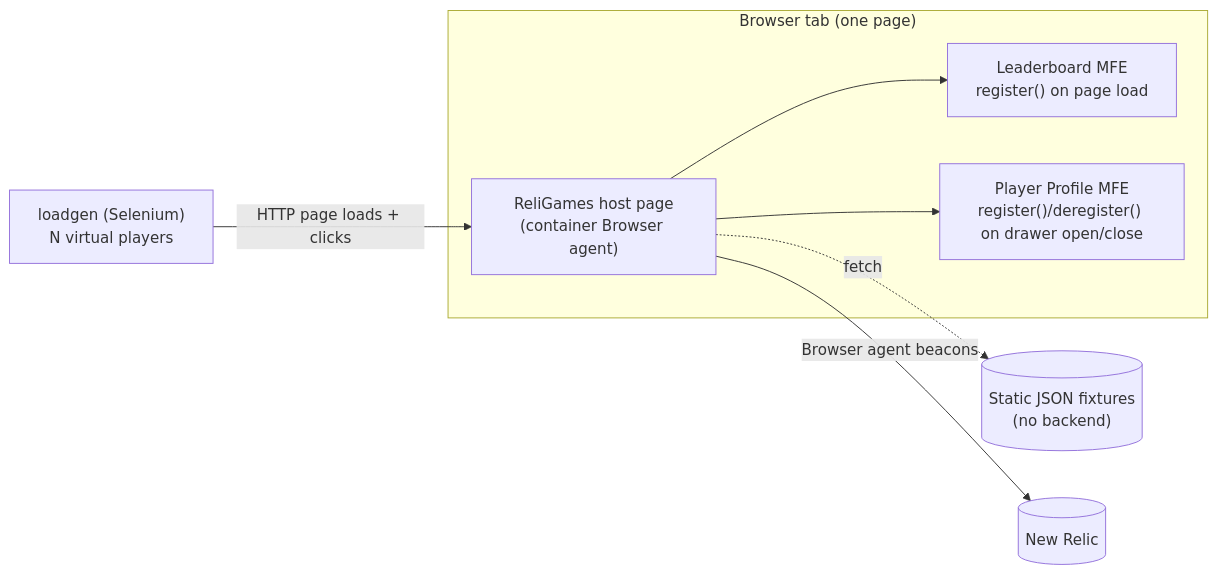
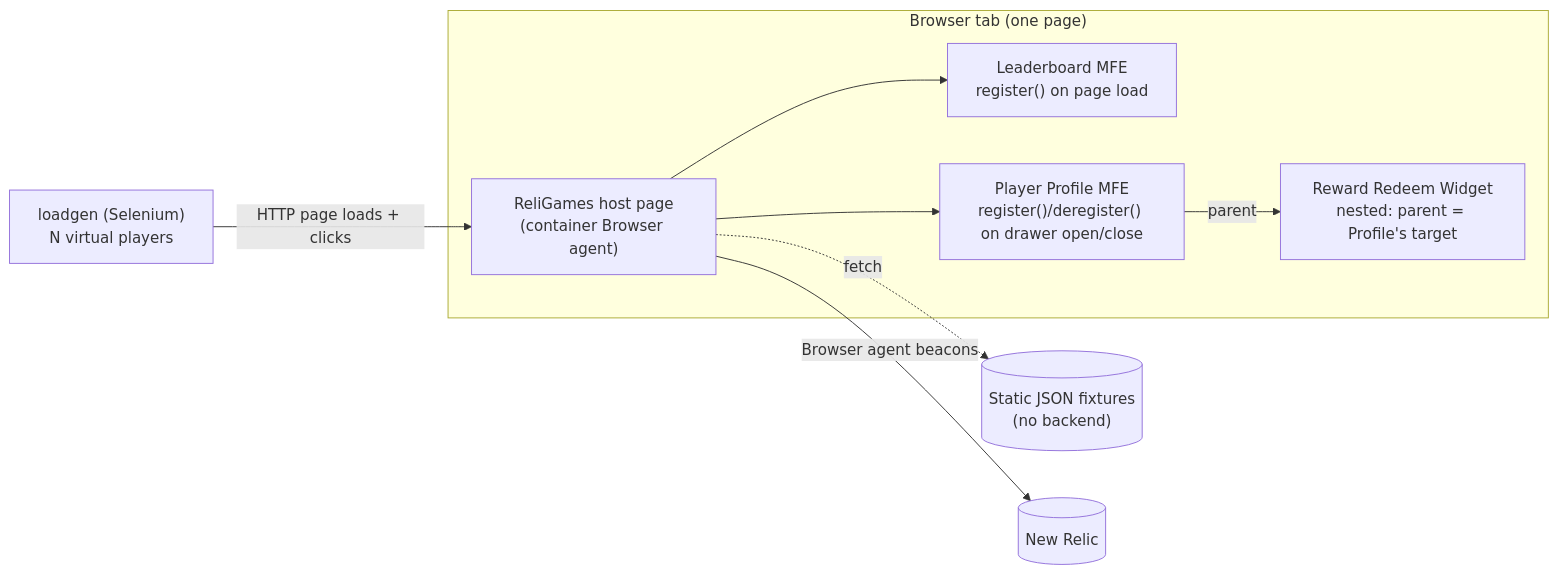
Before and after one commit to newrelic/demo-apps: the diagram in religames-browser-mfe/README.md, drawn with Mermaid. The commit also changed other lines of this file and 16 other files, not shown here.

````diff
--- a/religames-browser-mfe/README.md
+++ b/religames-browser-mfe/README.md
@@ -11,13 +13,15 @@
 ```mermaid
 flowchart LR
     subgraph Browser["Browser tab (one page)"]
         Shell["ReliGames host page<br/>(container Browser agent)"]
         Leaderboard["Leaderboard MFE<br/>register() on page load"]
         Profile["Player Profile MFE<br/>register()/deregister() on drawer open/close"]
+        Redeem["Reward Redeem Widget<br/>nested: parent = Profile's target"]
         Shell --> Leaderboard
         Shell --> Profile
+        Profile -->|parent| Redeem
     end
     Loadgen["loadgen (Selenium)<br/>N virtual players"] -->|HTTP page loads + clicks| Shell
     Shell -.->|fetch| Data[("Static JSON fixtures<br/>(no backend)")]
     Shell -->|Browser agent beacons| NR[(New Relic)]
 ```
````
